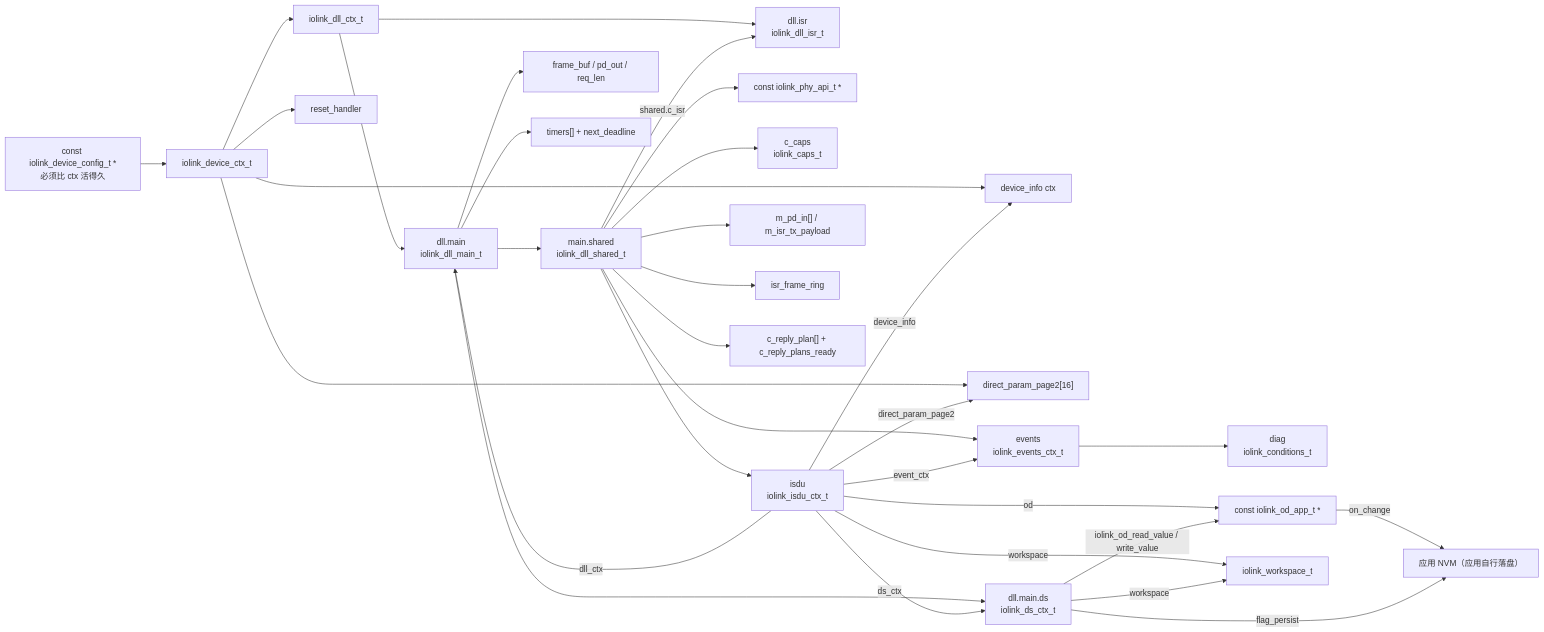
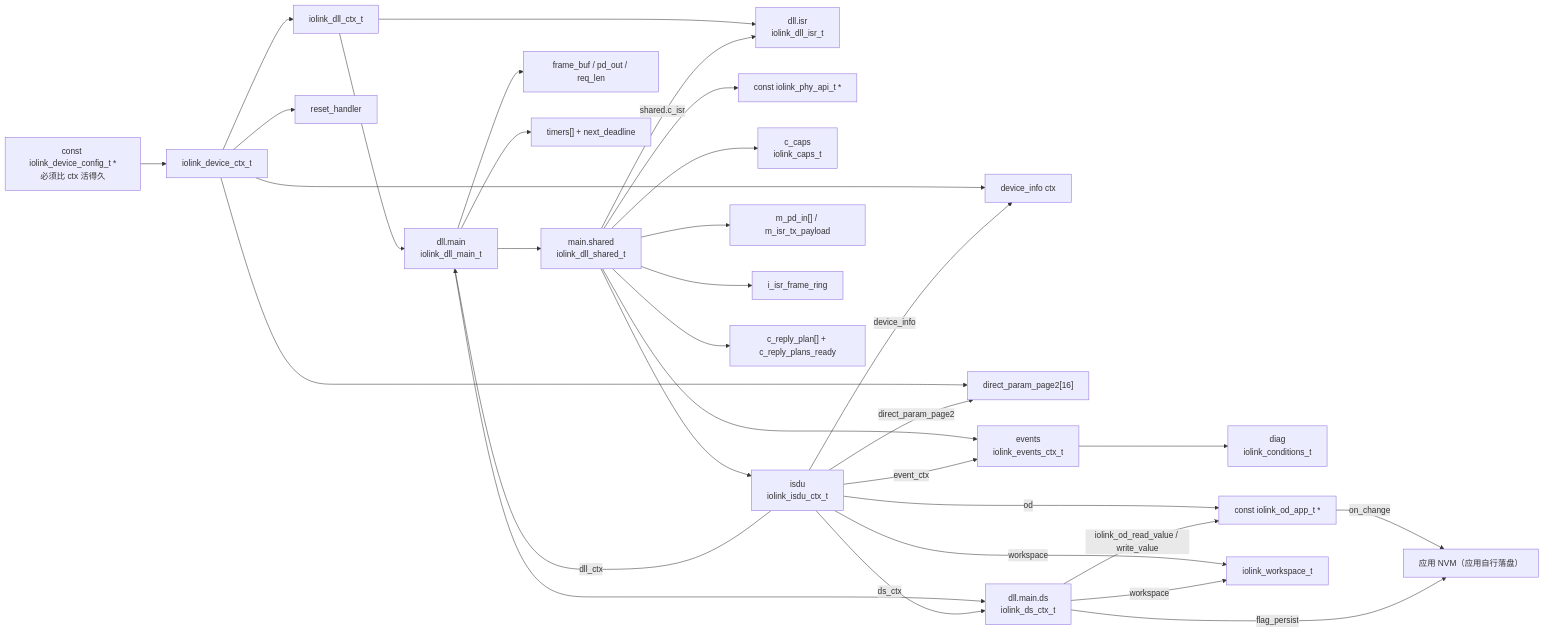
Before and after one commit to Adlyq/iolinki: the second of 17 diagrams in docs/CODE_FLOW.md, drawn with Mermaid. The commit also changed other lines of this file and 32 other files, not shown here.

````diff
--- a/docs/CODE_FLOW.md
+++ b/docs/CODE_FLOW.md
@@ -163,37 +163,37 @@
 ```mermaid
 flowchart LR
     CFG["const iolink_device_config_t *<br/>必须比 ctx 活得久"] --> DEV["iolink_device_ctx_t"]
     DEV --> DLL["iolink_dll_ctx_t"]
     DEV --> DI["device_info ctx"]
     DEV --> RH["reset_handler"]
     DEV --> P2["direct_param_page2[16]"]
 
     DLL --> MAIN["dll.main<br/>iolink_dll_main_t"]
     DLL --> ISR["dll.isr<br/>iolink_dll_isr_t"]
     MAIN --> SH["main.shared<br/>iolink_dll_shared_t"]
     SH -->|"shared.c_isr"| ISR
 
     SH --> PHY["const iolink_phy_api_t *"]
     SH --> CAP["c_caps<br/>iolink_caps_t"]
     SH --> ISDU["isdu<br/>iolink_isdu_ctx_t"]
     SH --> EV["events<br/>iolink_events_ctx_t"]
     SH --> BUF["m_pd_in[] / m_isr_tx_payload"]
-    SH --> RING["isr_frame_ring"]
+    SH --> RING["i_isr_frame_ring"]
     SH --> PLAN["c_reply_plan[] + c_reply_plans_ready"]
     MAIN --> DS["dll.main.ds<br/>iolink_ds_ctx_t"]
     MAIN --> FB["frame_buf / pd_out / req_len"]
     MAIN --> TMR["timers[] + next_deadline"]
     EV --> COND["diag<br/>iolink_conditions_t"]
 
     ISDU -->|ds_ctx| DS
     ISDU -->|event_ctx| EV
     ISDU -->|dll_ctx| MAIN
     ISDU -->|od| OD["const iolink_od_app_t *"]
     ISDU -->|device_info| DI
     ISDU -->|direct_param_page2| P2
     ISDU -->|workspace| WS["iolink_workspace_t"]
     DS -->|workspace| WS
     DS -->|"iolink_od_read_value / write_value"| OD
     OD -->|"on_change"| NVM["应用 NVM（应用自行落盘）"]
     DS -->|flag_persist| NVM
 ```
````
